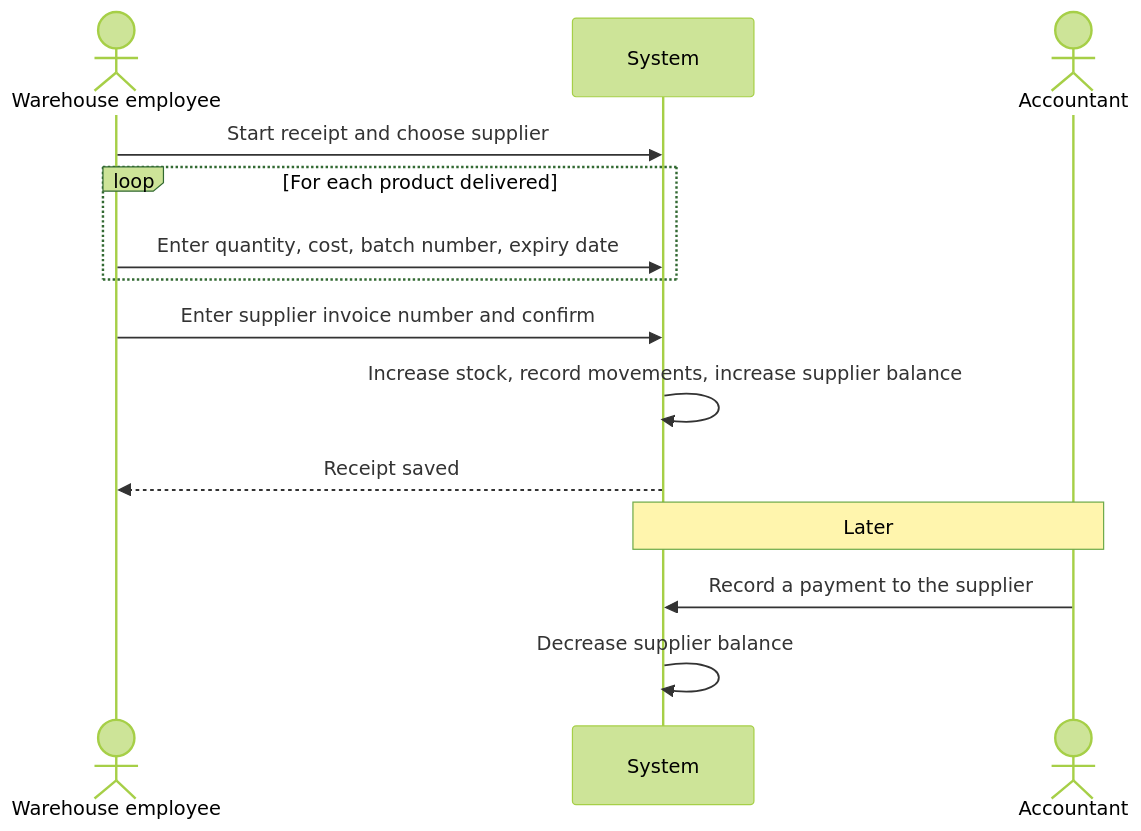
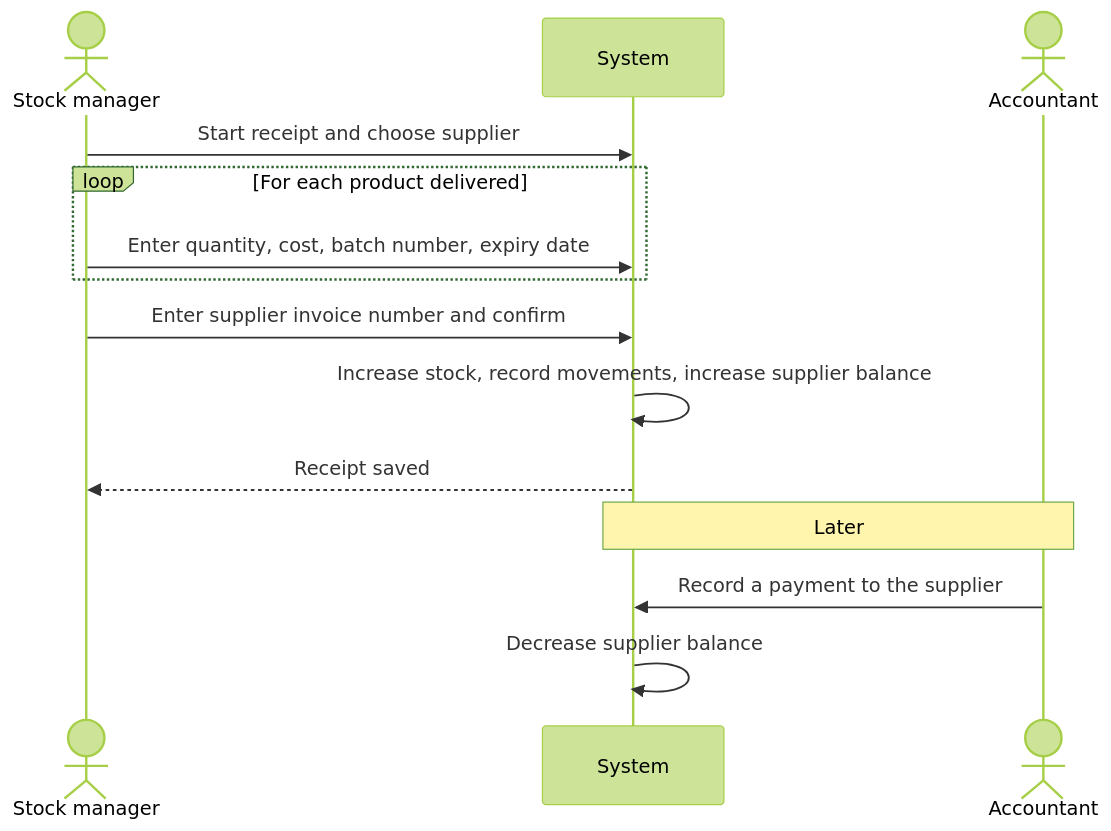
The second of 2 diagrams in docs/workflows/02-receiving-from-supplier.md (AhmedElnagarUU/Cosmo), drawn with Mermaid (forest theme) before and after one commit. The commit also changed 33 other files, not shown here.

````diff
--- a/docs/workflows/02-receiving-from-supplier.md
+++ b/docs/workflows/02-receiving-from-supplier.md
@@ -23,17 +23,17 @@
 ```mermaid
 sequenceDiagram
-    actor W as Warehouse employee
+    actor W as Stock manager
     participant S as System
     actor A as Accountant
 
     W->>S: Start receipt and choose supplier
     loop For each product delivered
         W->>S: Enter quantity, cost, batch number, expiry date
     end
     W->>S: Enter supplier invoice number and confirm
     S->>S: Increase stock, record movements, increase supplier balance
     S-->>W: Receipt saved
     Note over A,S: Later
     A->>S: Record a payment to the supplier
     S->>S: Decrease supplier balance
 ```
````
